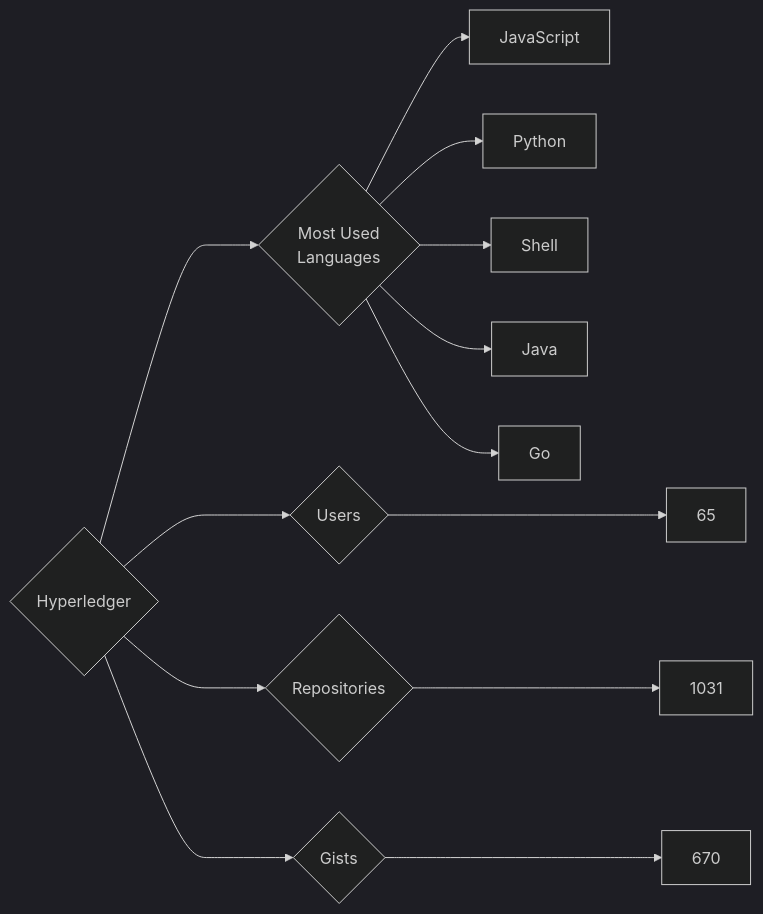
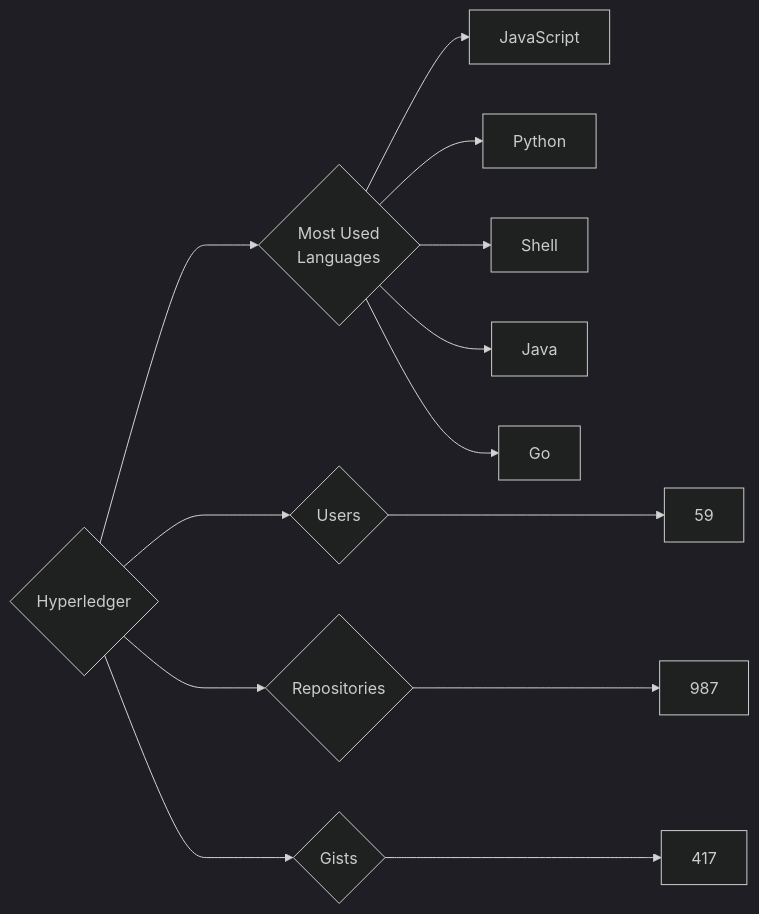
The diagram in targets/Hyperledger/README.md (trickest/insiders), drawn with Mermaid (dark theme) before and after one commit. The commit also changed 845 other files, not shown here.

````diff
--- a/targets/Hyperledger/README.md
+++ b/targets/Hyperledger/README.md
@@ -3,13 +3,13 @@
 ```mermaid
 graph LR
 COMPANY_NAME{Hyperledger}
-COMPANY_NAME ---> U{Users} ---> UN[65]
-COMPANY_NAME ---> R{Repositories} ---> RN[1031]
-COMPANY_NAME ---> G{Gists} ---> GN[670]
+COMPANY_NAME ---> U{Users} ---> UN[59]
+COMPANY_NAME ---> R{Repositories} ---> RN[987]
+COMPANY_NAME ---> G{Gists} ---> GN[417]
 COMPANY_NAME ---> ML{Most Used<br>Languages}
 ML --> JavaScript[JavaScript]
 ML --> Python[Python]
 ML --> Shell[Shell]
 ML --> Java[Java]
 ML --> Go[Go]
 ```
````
